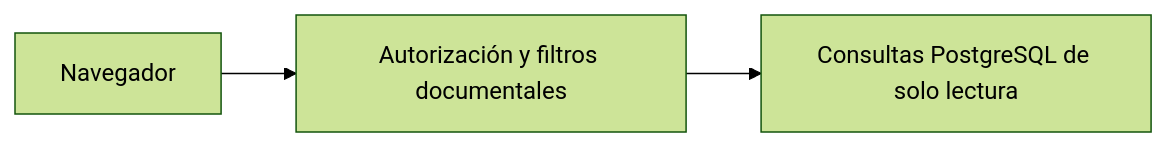
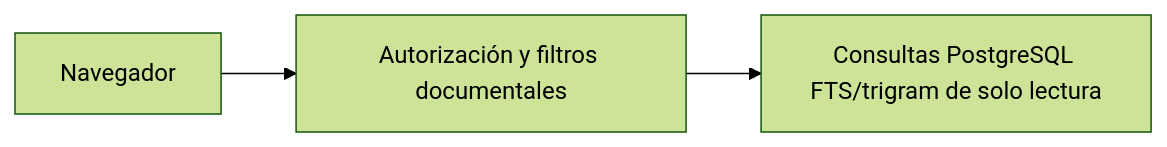
Before and after one commit to Blandskron/AgenteIADocumental: the diagram in backend/DocumentSearchServices/README.md, drawn with Mermaid (forest theme). The commit also changed other lines of this file and 17 other files, not shown here.

````diff
--- a/backend/DocumentSearchServices/README.md
+++ b/backend/DocumentSearchServices/README.md
@@ -7,4 +7,4 @@
 ```mermaid
 flowchart LR
-    client["Navegador"] --> service["Autorización y filtros documentales"] --> storage["Consultas PostgreSQL de solo lectura"]
+    client["Navegador"] --> service["Autorización y filtros documentales"] --> storage["Consultas PostgreSQL FTS/trigram de solo lectura"]
 ```
````
